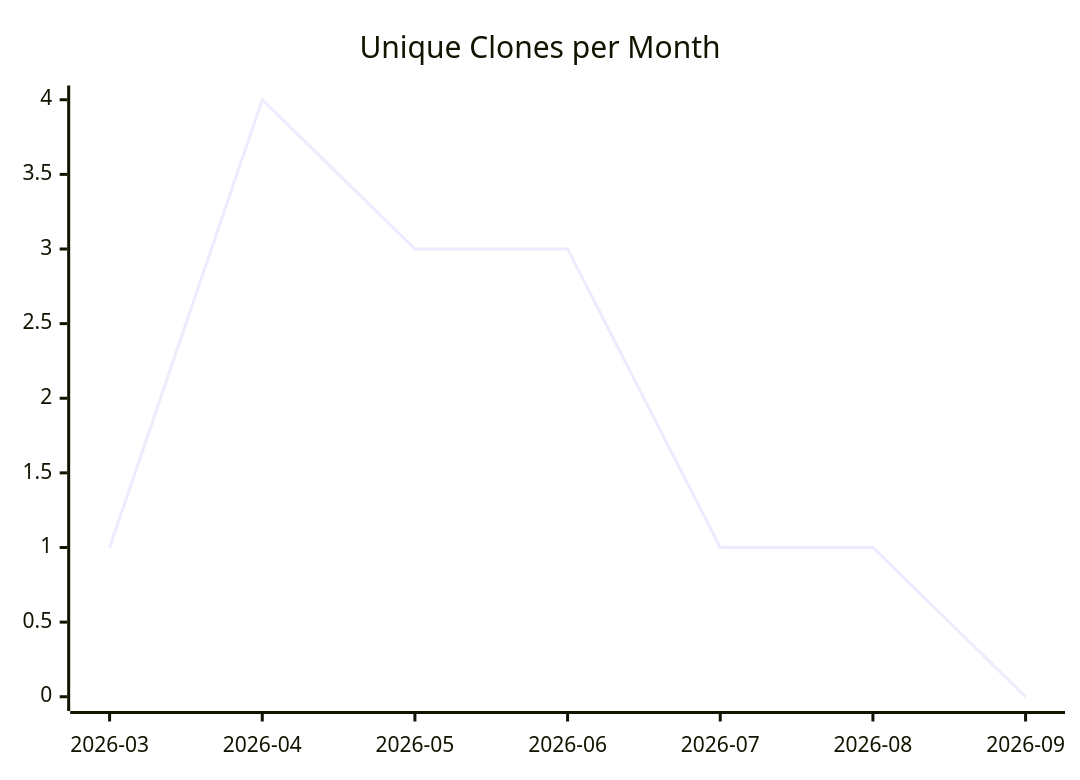
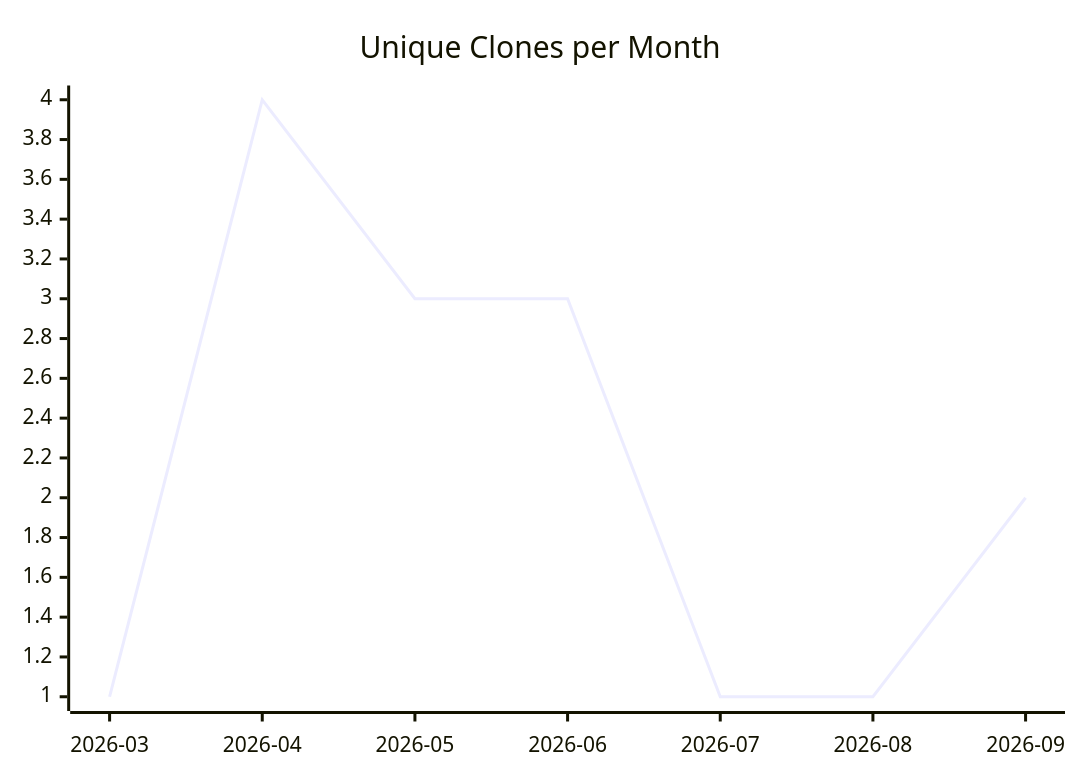
The third of 3 diagrams in karlmdavis/FHIR-Server/README.md (justdavis-family/github-analytics-data), drawn with Mermaid before and after one commit. The commit also changed other lines of this file and 191 other files, not shown here.

````diff
--- a/karlmdavis/FHIR-Server/README.md
+++ b/karlmdavis/FHIR-Server/README.md
@@ -19,6 +19,6 @@
 ```mermaid
 xychart-beta
   title "Unique Clones per Month"
   x-axis ["2026-03", "2026-04", "2026-05", "2026-06", "2026-07", "2026-08", "2026-09"]
-  line [1, 4, 3, 3, 1, 1, 0]
+  line [1, 4, 3, 3, 1, 1, 2]
 ```
````
